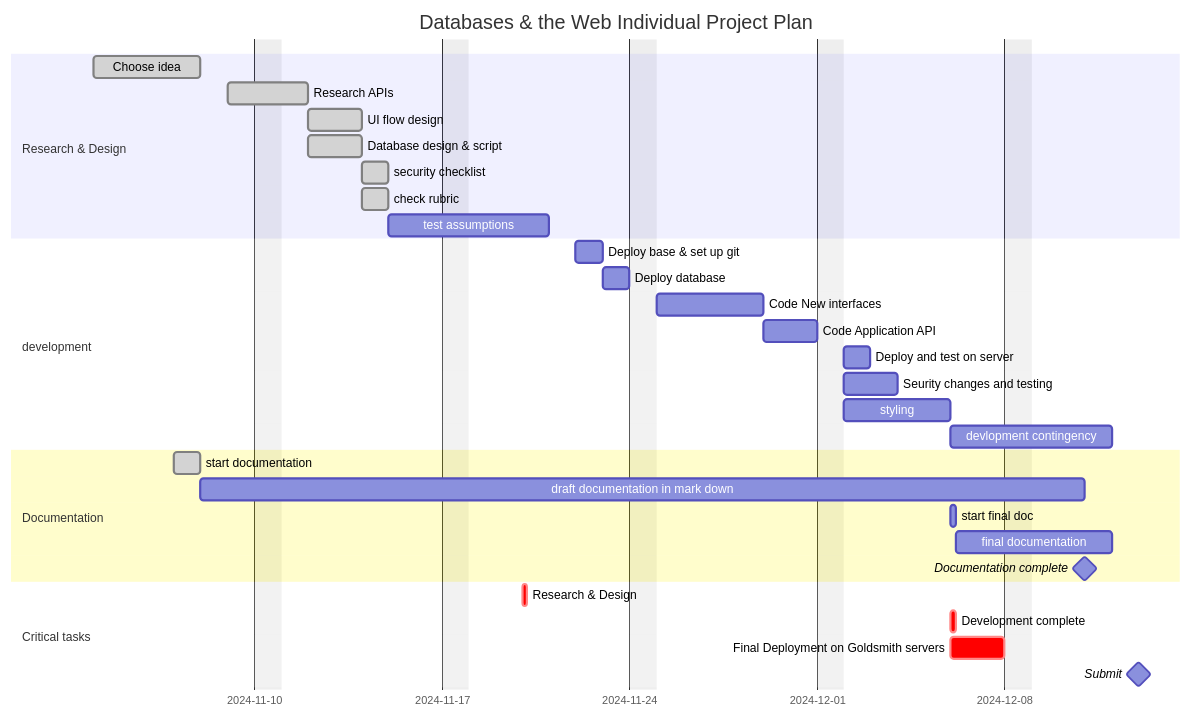
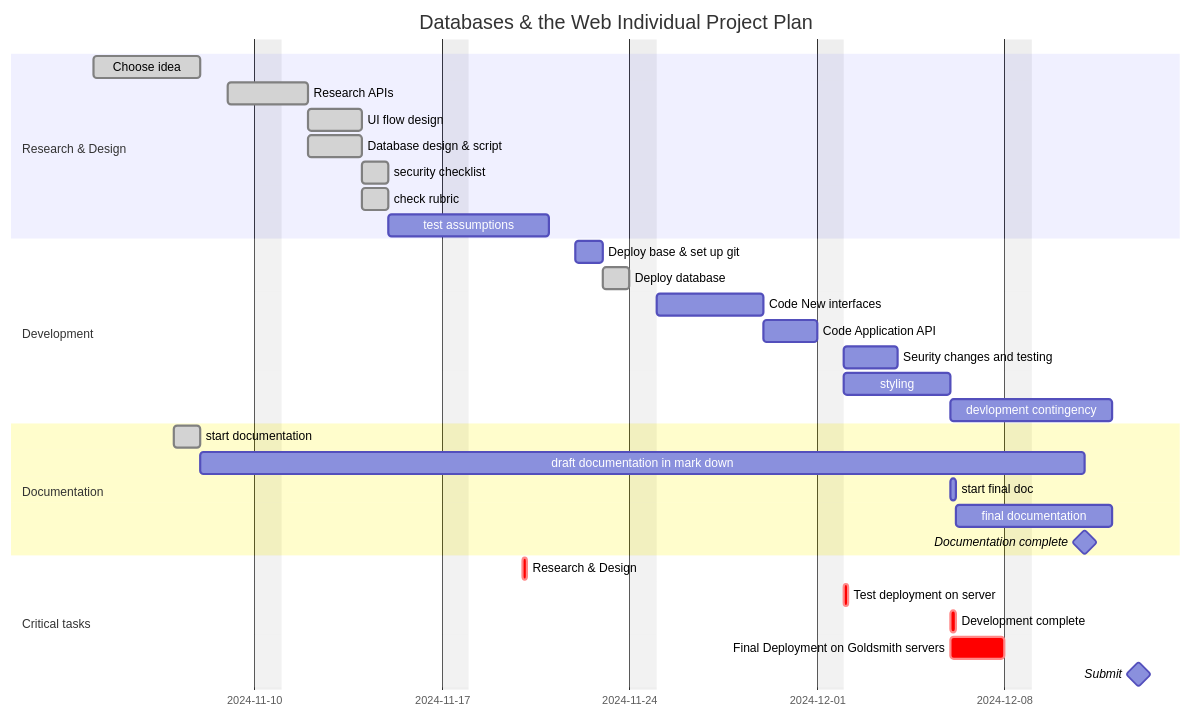
One commit to jbrun001/APIProject changed the first of 3 diagrams in README.md. Above: the diagram before and after it, drawn with Mermaid.

Commit message:
updates to plan

````diff
--- a/README.md
+++ b/README.md
@@ -2,42 +2,42 @@
 ```mermaid
 
 gantt
     dateFormat  YYYY-MM-DD
     title       Databases & the Web Individual Project Plan
     excludes    sunday
     %% (`excludes` accepts specific dates in YYYY-MM-DD format, days of the week ("sunday") or "weekends", but not the word "weekdays".)
 
     section Research & Design
     Choose idea             :done,    rd1, 2024-11-04,2024-11-08
     Research APIs           :done,    rd2, 2024-11-09, 2d
     UI flow design          :done,    rd3, after rd2, 2d
     Database design & script  :done,    rd3d, after rd2, 2d
     security checklist      :done,  rd4, after rd3, 1d
     check rubric            :done,  rd5, after rd3, 1d
     test assumptions        :active rd6, after rd5, 5d
 
-    section development
+    section Development
     Deploy base & set up git  :    d1, 2024-11-22,1d
-    Deploy database           :    d2, after d1, 1d
+    Deploy database          :done,    d2, after d1, 1d
     Code New interfaces       :    d3, after d2, 4d
     Code Application API      :    dd3a, after d3, 2d
-    Deploy and test on server  :    dd3c, after dd3a, 1d
     Seurity changes and testing :  d4, after dd3a, 2d
     styling                   :    d6, after dd3a, 4d
     devlopment contingency           :until doccomplete
 
     section Documentation
     start documentation :done,    d0, 2024-11-07,2024-11-08   
     draft documentation in mark down  :until finaldoc
     start final doc            :finaldoc, after d6, 4h
     final documentation :until doccomplete 
     Documentation complete              :milestone, doccomplete, 2024-12-11, 0d
 
     section Critical tasks
     Research & Design                   :crit, after r6, 4h
+    Test deployment on server :crit,    dd3c, after dd3a, 4h
     Development complete                :crit, after d6, 4h
     Final Deployment on Goldsmith servers :crit, after d6, 2d
     Submit                              :milestone, 2024-12-13, 0d
 
 
 ```
````
